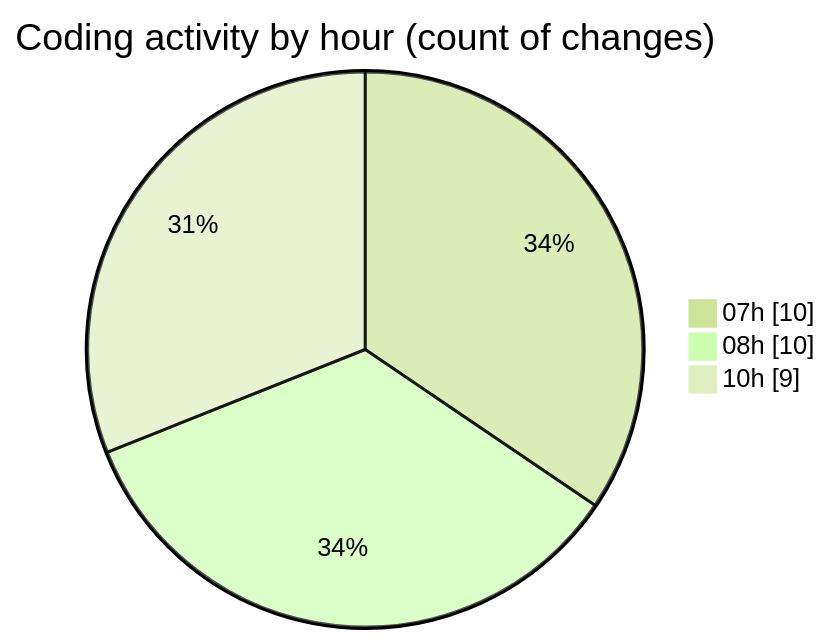
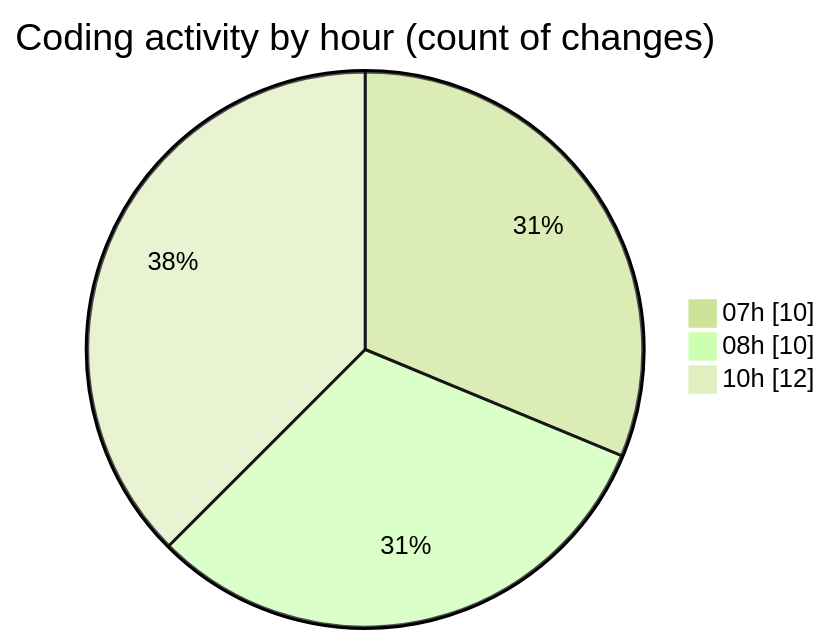
Before and after one commit to tmsrecording-cyber/code-tracking: the second of 2 diagrams in 2026-02-08/singularitybrainai/README.md, drawn with Mermaid (forest theme). The commit also changed other lines of this file and 1 other file, not shown here.

````diff
--- a/2026-02-08/singularitybrainai/README.md
+++ b/2026-02-08/singularitybrainai/README.md
@@ -36,7 +36,7 @@
 ```mermaid
 pie showData
 title Coding activity by hour (count of changes)
 "07h" : 10
 "08h" : 10
-"10h" : 9
+"10h" : 12
 ```
````
